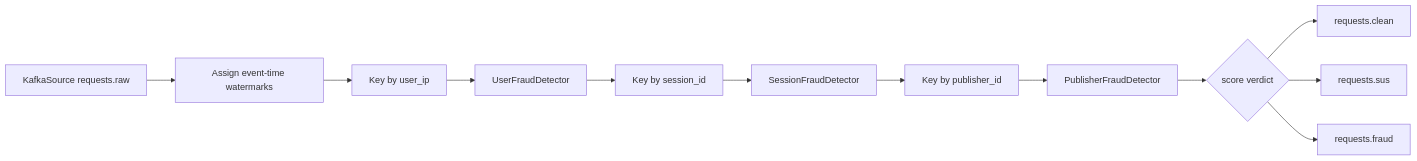
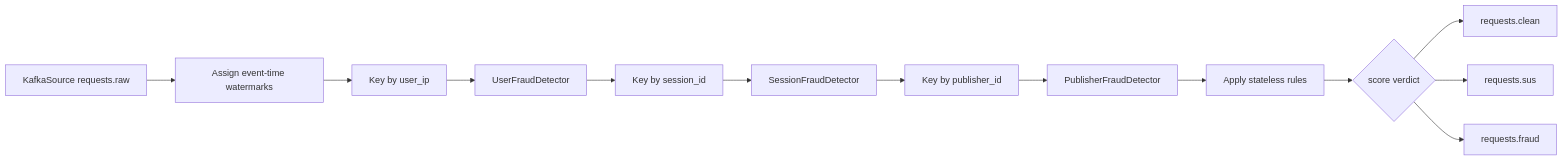
One commit to IamMistake/ai-ad-request-safety-pipeline changed the diagram in docs/flink_processing.md. Above: the diagram before and after it, drawn with Mermaid. The commit also changed other lines of this file and 2 other files, not shown here.

First line of the commit message:
docs: sync 3 stale docs with current Flink rules, RFC & Spark status

````diff
--- a/docs/flink_processing.md
+++ b/docs/flink_processing.md
@@ -30,14 +30,15 @@
 ```mermaid
 flowchart LR
     A[KafkaSource requests.raw] --> B[Assign event-time watermarks]
     B --> C[Key by user_ip]
     C --> D[UserFraudDetector]
     D --> E[Key by session_id]
     E --> F[SessionFraudDetector]
     F --> G[Key by publisher_id]
     G --> H[PublisherFraudDetector]
-    H --> I{score verdict}
-    I --> J[requests.clean]
-    I --> K[requests.sus]
-    I --> L[requests.fraud]
+    H --> I[Apply stateless rules]
+    I --> J{score verdict}
+    J --> K[requests.clean]
+    J --> L[requests.sus]
+    J --> M[requests.fraud]
 ```
````
